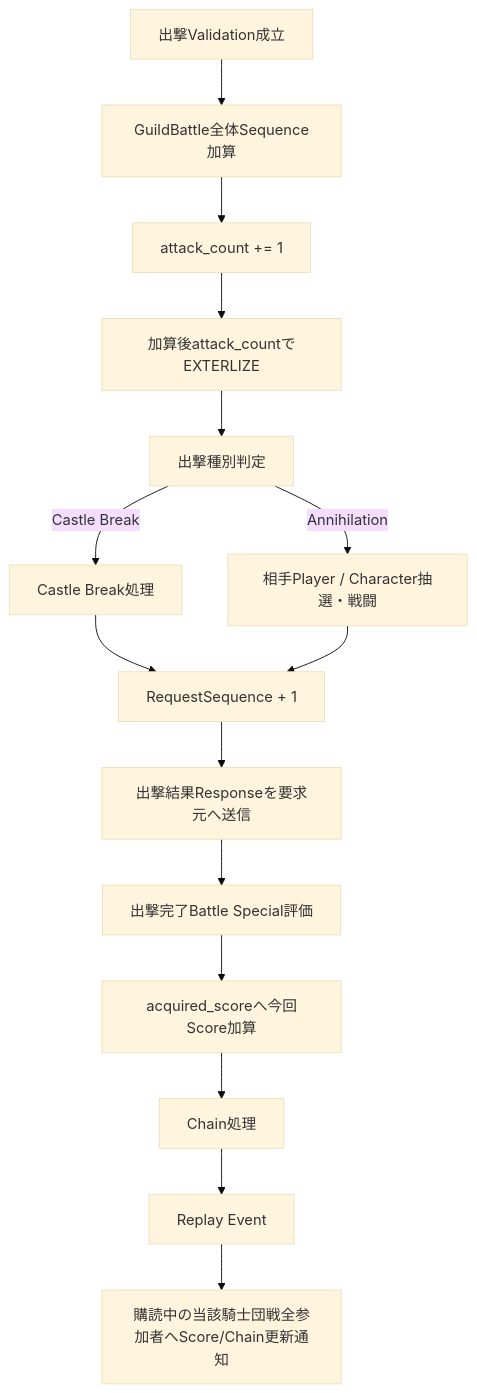
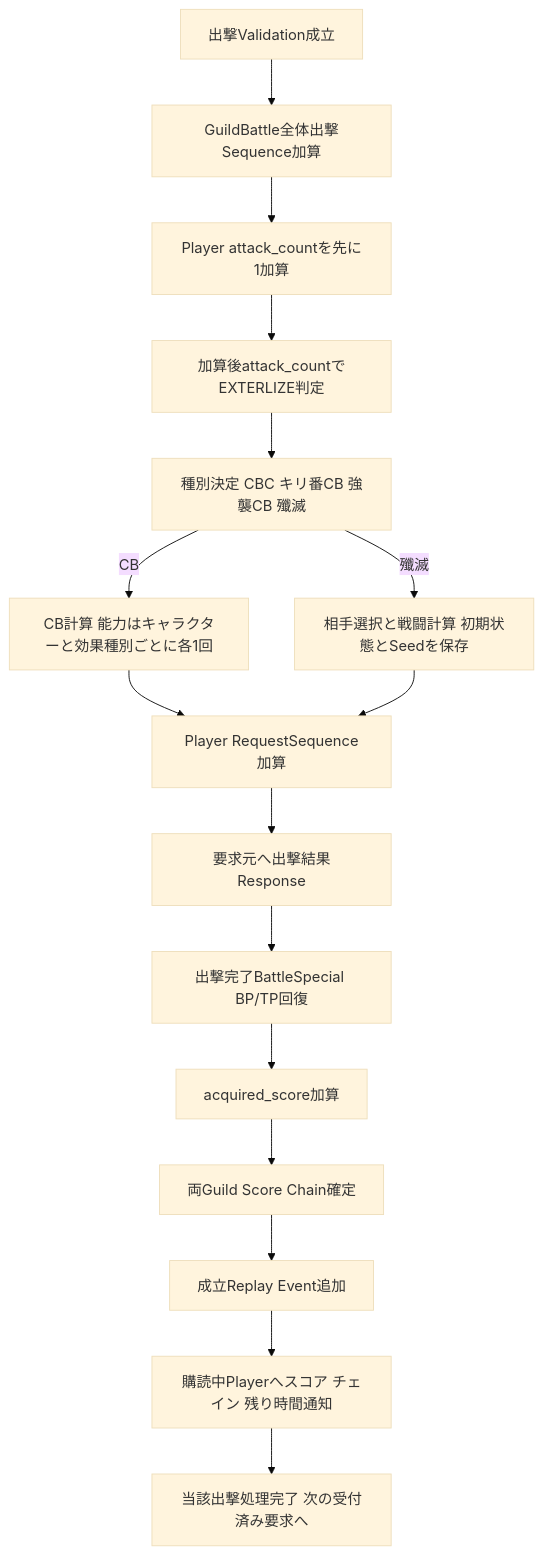
Before and after one commit to ReHydrangeaOdyssey/Specifications: the third of 5 diagrams in design/programming/server/guild_battle_runtime.md, drawn with Mermaid (base theme). The commit also changed other lines of this file and 21 other files, not shown here.

````diff
--- a/design/programming/server/guild_battle_runtime.md
+++ b/design/programming/server/guild_battle_runtime.md
@@ -133,17 +109,18 @@
 ```mermaid
 flowchart TD
-    A[出撃Validation成立] --> S[GuildBattle全体Sequence加算]
-    S --> AC[attack_count += 1]
-    AC --> EX[加算後attack_countでEXTERLIZE]
-    EX --> K[出撃種別判定]
-    K -->|Castle Break| CB[Castle Break処理]
-    K -->|Annihilation| T[相手Player / Character抽選・戦闘]
-    CB --> RS[RequestSequence + 1]
+    A[出撃Validation成立] --> S[GuildBattle全体出撃Sequence加算]
+    S --> AC[Player attack_countを先に1加算]
+    AC --> EX[加算後attack_countでEXTERLIZE判定]
+    EX --> K[種別決定 CBC キリ番CB 強襲CB 殲滅]
+    K -->|CB| CB[CB計算 能力はキャラクターと効果種別ごとに各1回]
+    K -->|殲滅| T[相手選択と戦闘計算 初期状態とSeedを保存]
+    CB --> RS[Player RequestSequence加算]
     T --> RS
-    RS --> RESP[出撃結果Responseを要求元へ送信]
-    RESP --> B[出撃完了Battle Special評価]
-    B --> SC[acquired_scoreへ今回Score加算]
-    SC --> CH[Chain処理]
-    CH --> RP[Replay Event]
-    RP --> N[購読中の当該騎士団戦全参加者へScore/Chain更新通知]
+    RS --> RESP[要求元へ出撃結果Response]
+    RESP --> B[出撃完了BattleSpecial BP/TP回復]
+    B --> SC[acquired_score加算]
+    SC --> CH[両Guild Score Chain確定]
+    CH --> RP[成立Replay Event追加]
+    RP --> N[購読中Playerへスコア チェイン 残り時間通知]
+    N --> END[当該出撃処理完了 次の受付済み要求へ]
 ```
````
